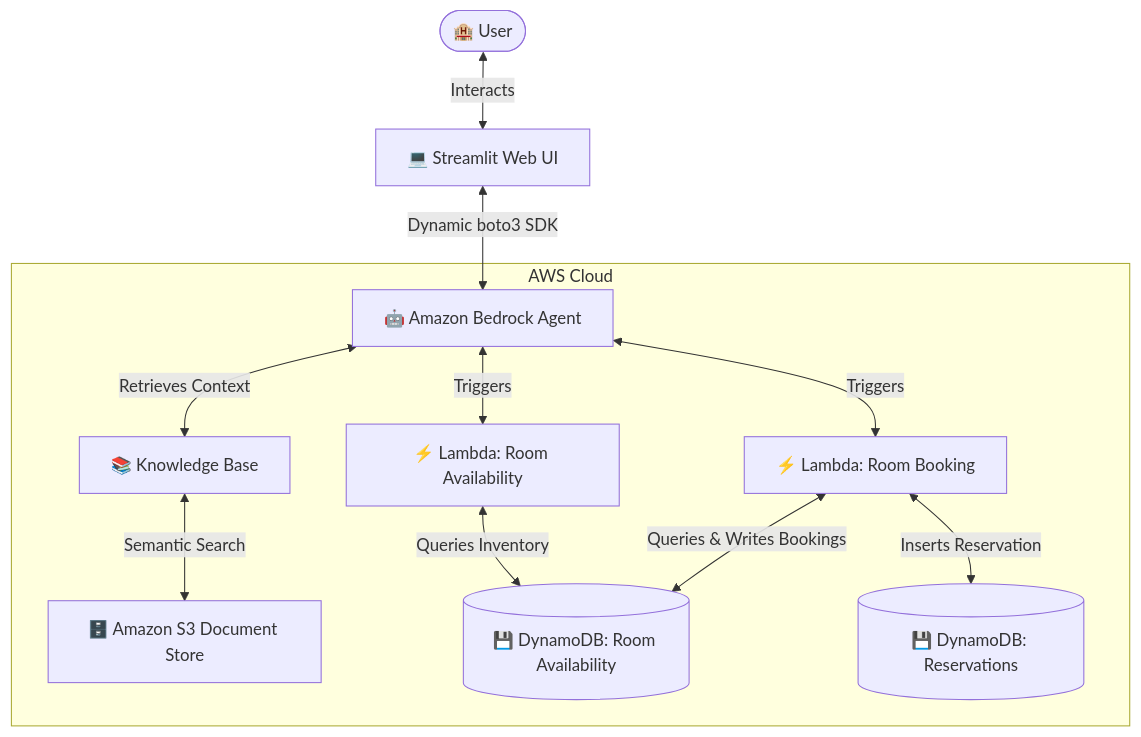
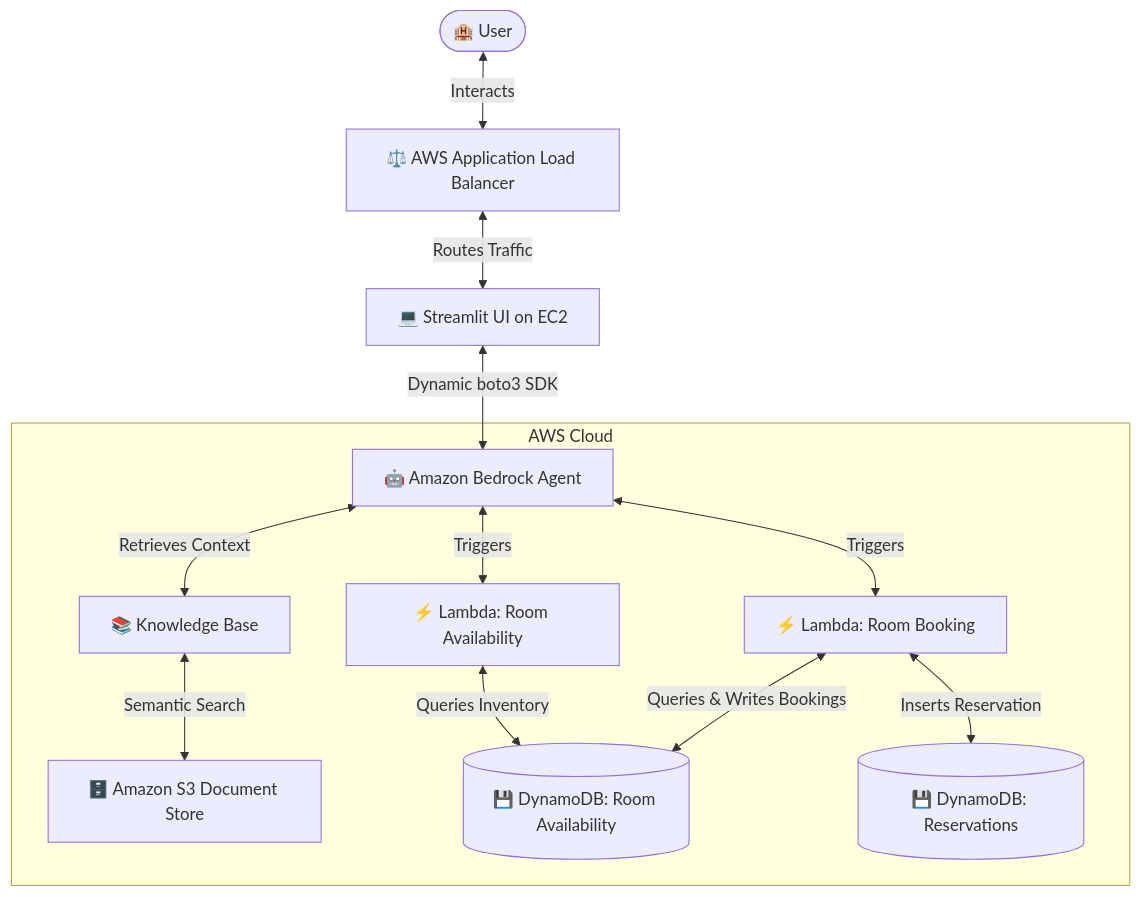
One commit to adithyavaddadi/amazon-bedrock-hotel-booking-agent changed the diagram in README.md. Above: the diagram before and after it, drawn with Mermaid. The commit also changed other lines of this file and 1 other file, not shown here.

Commit message:
Add AWS deployment documentation and architecture details

````diff
--- a/README.md
+++ b/README.md
@@ -11,17 +22,18 @@
 ```mermaid
 graph TD
-    User([🏨 User]) <-->|Interacts| Streamlit[💻 Streamlit Web UI]
+    User([🏨 User]) <-->|Interacts| ALB[⚖️ AWS Application Load Balancer]
+    ALB <-->|Routes Traffic| Streamlit[💻 Streamlit UI on EC2]
     Streamlit <-->|Dynamic boto3 SDK| BedrockAgent[🤖 Amazon Bedrock Agent]
     
     subgraph AWS Cloud
         BedrockAgent <-->|Retrieves Context| BedrockKB[📚 Knowledge Base]
         BedrockKB <-->|Semantic Search| S3[🗄️ Amazon S3 Document Store]
         
         BedrockAgent <-->|Triggers| LambdaAvailability[⚡ Lambda: Room Availability]
         BedrockAgent <-->|Triggers| LambdaBooking[⚡ Lambda: Room Booking]
         
         LambdaAvailability <-->|Queries Inventory| DynamoDBAvailability[(💾 DynamoDB: Room Availability)]
         LambdaBooking <-->|Queries & Writes Bookings| DynamoDBAvailability
         LambdaBooking <-->|Inserts Reservation| DynamoDBBookings[(💾 DynamoDB: Reservations)]
     end
 ```
````
